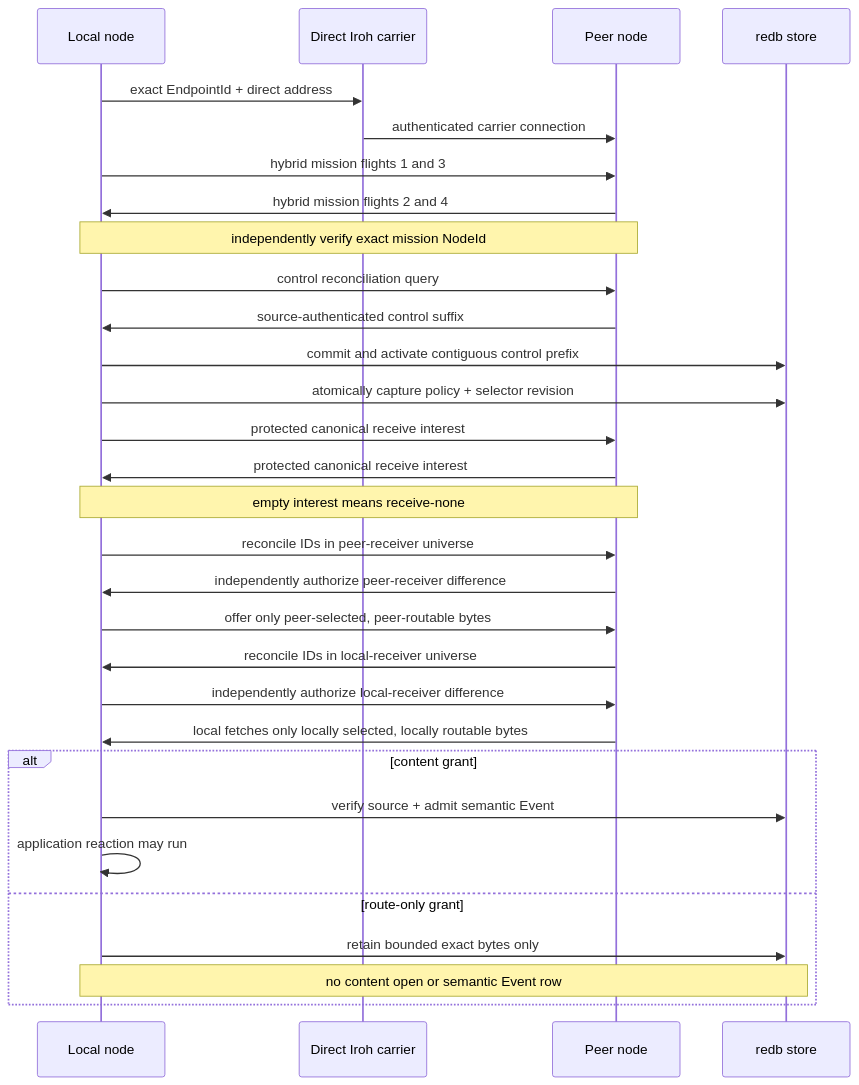
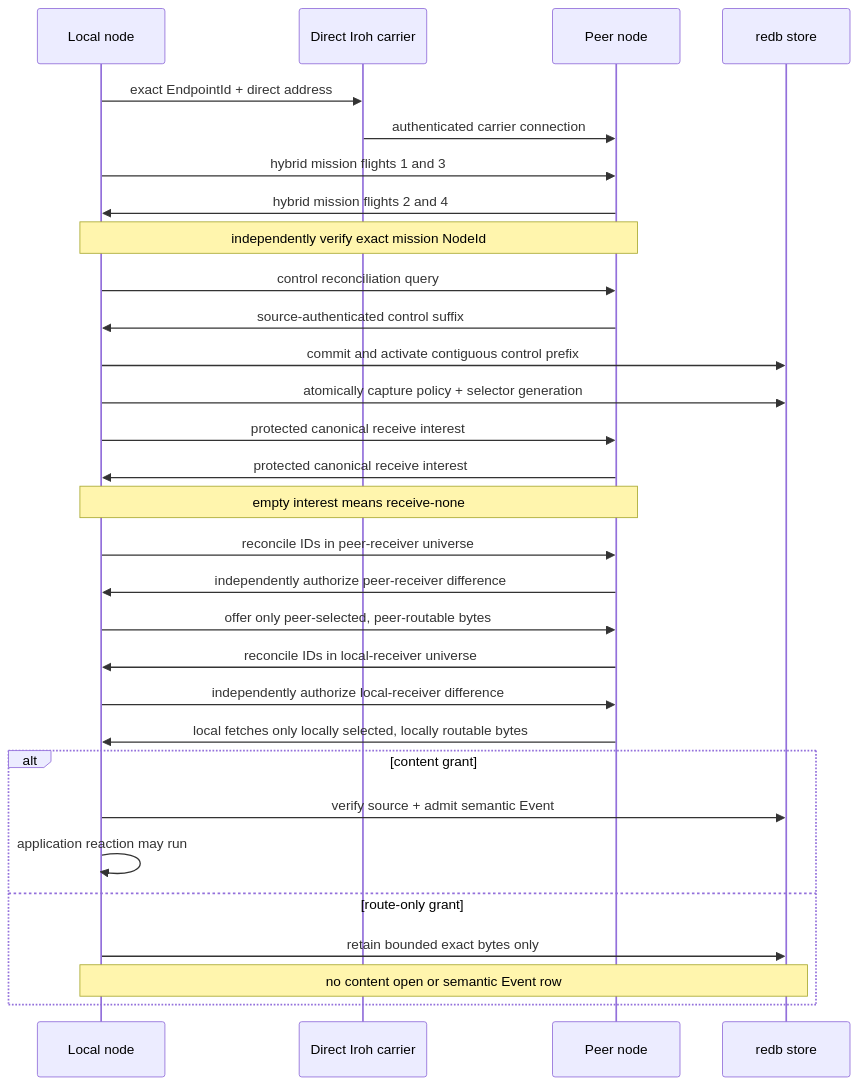
One commit to asirak-astertech/aster changed the third of 4 diagrams in docs/architecture.md. Above: the diagram before and after it, drawn with Mermaid. The commit also changed other lines of this file and 18 other files, not shown here.

````diff
--- a/docs/architecture.md
+++ b/docs/architecture.md
@@ -58,33 +125,33 @@
 ```mermaid
 sequenceDiagram
     participant L as Local node
     participant C as Direct Iroh carrier
     participant P as Peer node
     participant S as redb store
 
     L->>C: exact EndpointId + direct address
     C->>P: authenticated carrier connection
     L->>P: hybrid mission flights 1 and 3
     P->>L: hybrid mission flights 2 and 4
     Note over L,P: independently verify exact mission NodeId
     L->>P: control reconciliation query
     P->>L: source-authenticated control suffix
     L->>S: commit and activate contiguous control prefix
-    L->>S: atomically capture policy + selector revision
+    L->>S: atomically capture policy + selector generation
     L->>P: protected canonical receive interest
     P->>L: protected canonical receive interest
     Note over L,P: empty interest means receive-none
     L->>P: reconcile IDs in peer-receiver universe
     P->>L: independently authorize peer-receiver difference
     L->>P: offer only peer-selected, peer-routable bytes
     P->>L: reconcile IDs in local-receiver universe
     L->>P: independently authorize local-receiver difference
     P->>L: local fetches only locally selected, locally routable bytes
     alt content grant
         L->>S: verify source + admit semantic Event
         L->>L: application reaction may run
     else route-only grant
         L->>S: retain bounded exact bytes only
         Note over L,S: no content open or semantic Event row
     end
 ```
````
